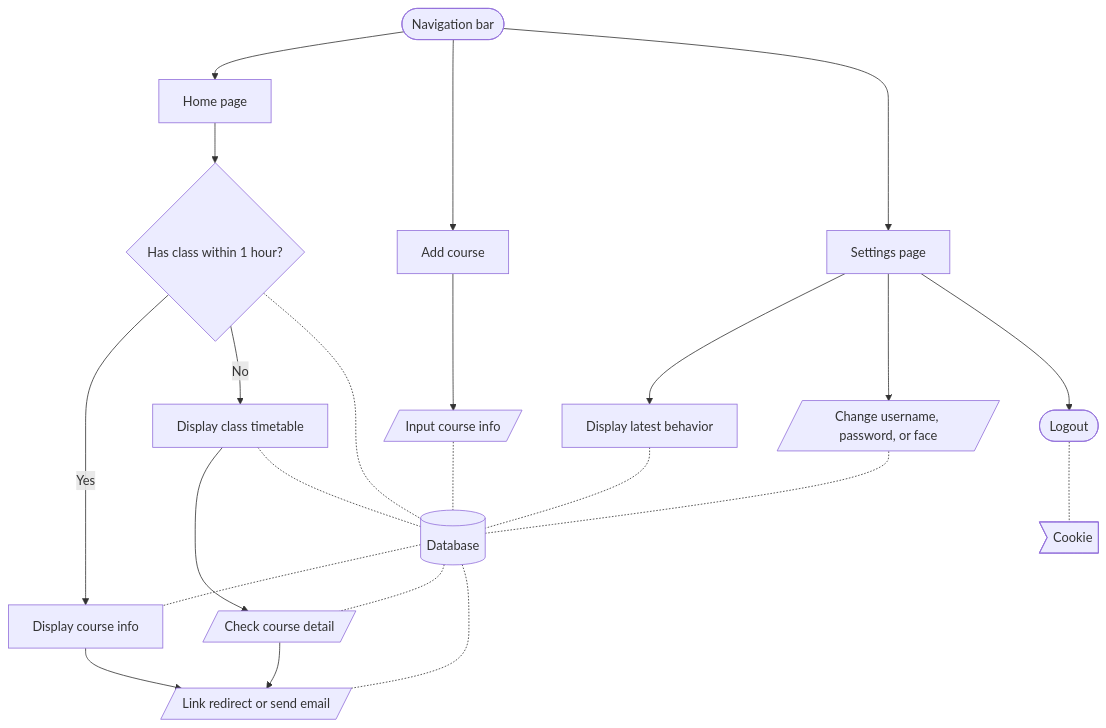
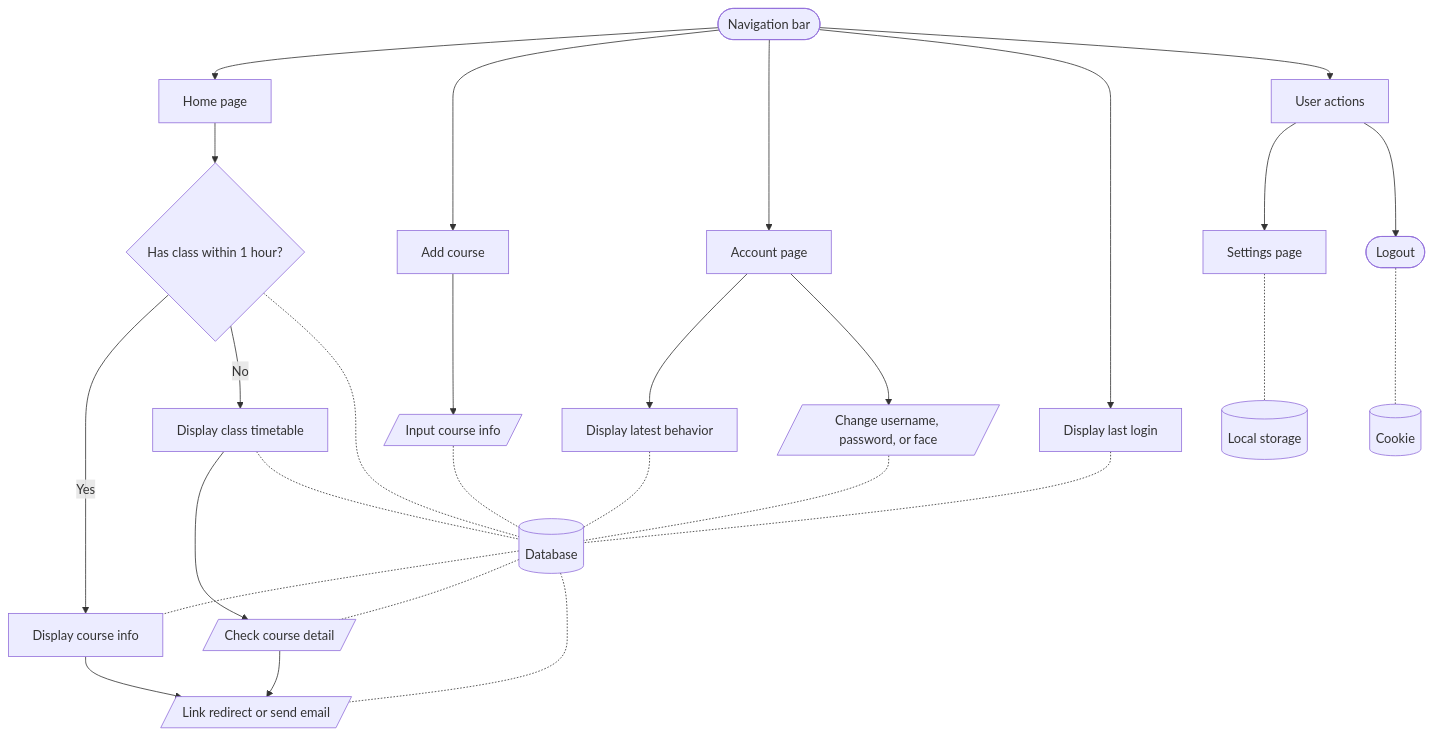
The second of 2 diagrams in README.md (LioQing/comp3278-icms), drawn with Mermaid before and after one commit. The commit also changed other lines of this file, not shown here.

Commit message:
Update system flows

````diff
--- a/README.md
+++ b/README.md
@@ -80,33 +80,39 @@
 ```mermaid
 flowchart TD
     navbar([Navigation bar]) --> home[Home page]
     navbar --> add[Add course]
-    navbar --> settings[Settings page]
+    navbar --> account[Account page]
+    navbar --> lastLogin[Display last login]
+    navbar --> actions[User actions]
 
     home --> classWithinOneHour{Has class within 1 hour?}
     classWithinOneHour -- Yes --> displayCourse[Display course info]
     classWithinOneHour -- No --> displayTimetable[Display class timetable]
 
     displayCourse --> link[/Link redirect or send email/]
 
     displayTimetable --> info[/Check course detail/]
     info --> link
 
     add --> inputCourse[/Input course info/]
 
-    settings --> latestBehavior[Display latest behavior]
-    settings --> change[/Change username, password, or face/]
-    settings --> logout([Logout])
+    account --> latestBehavior[Display latest behavior]
+    account --> change[/Change username, password, or face/]
 
     database[(Database)]
     database -.- displayCourse
     database -.- info
     database -.- link
     displayTimetable -.- database
     classWithinOneHour -.- database
     inputCourse -.- database
     latestBehavior -.- database
+    lastLogin -.- database
     change -.- database
     
-    logout -.- cookie>Cookie]
+    logout -.- cookie[(Cookie)]
+
+    actions --> settings[Settings page]
+    settings -.- local[(Local storage)]
+    actions --> logout([Logout])
 ```
````
